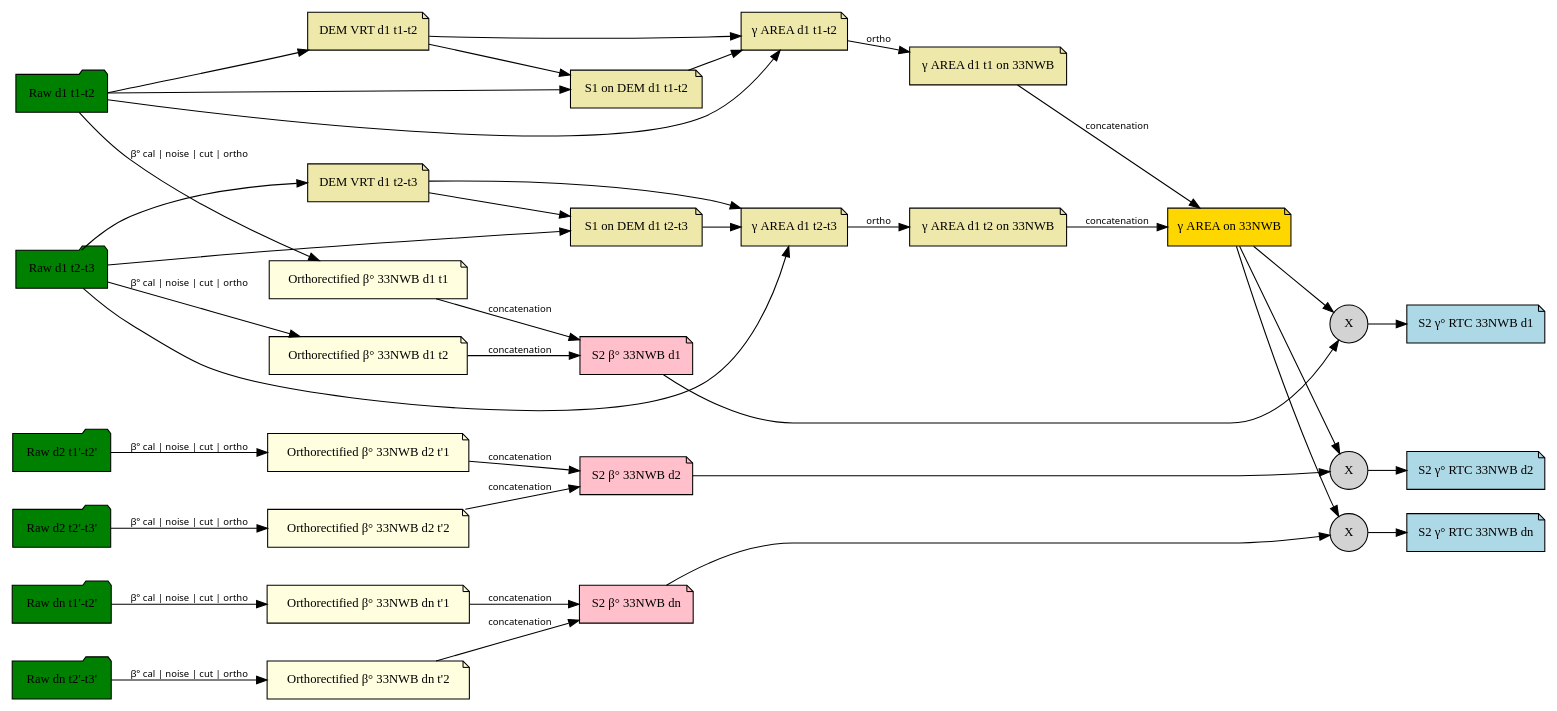
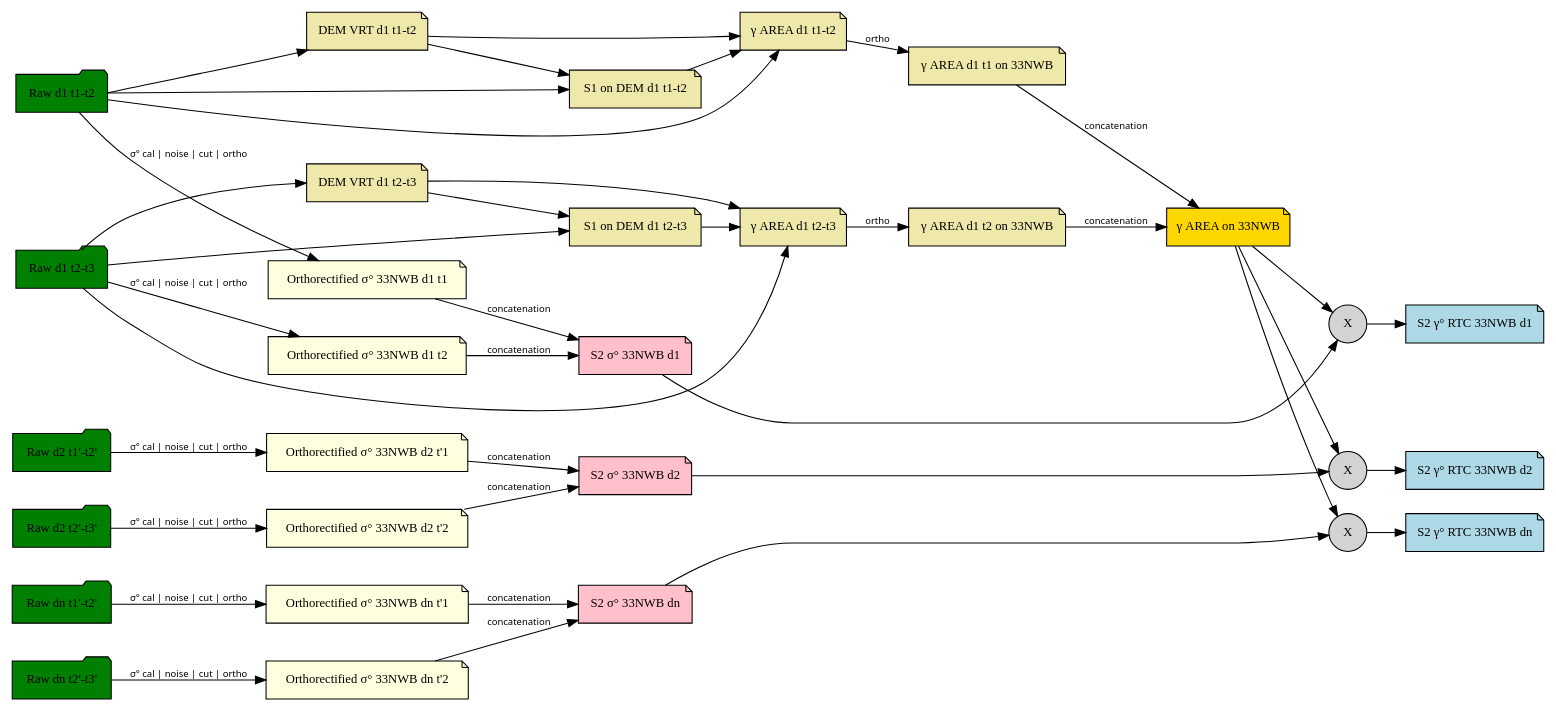
The diagram in docs/dataflow-gammanaughtrtc.rst (CNES/S1Tiling), drawn with Graphviz before and after one commit. The commit also changed other lines of this file and 8 other files, not shown here.

```diff
--- a/docs/dataflow-gammanaughtrtc.rst
+++ b/docs/dataflow-gammanaughtrtc.rst
@@ -142,27 +142,27 @@
          { rank = same ;  raw_d1_t1t2 raw_d1_t2t3 raw_d2_t1t2 raw_d2_t2t3 raw_dn_t1t2 raw_dn_t2t3}
 
          # =====[ Classic workflow
-         o_nwb_d1_t1 [label="Orthorectified β° 33NWB d1 t1", href="files.html#orthorectified-files", fillcolor=lightyellow]
-         o_nwb_d1_t2 [label="Orthorectified β° 33NWB d1 t2", href="files.html#orthorectified-files", fillcolor=lightyellow]
+         o_nwb_d1_t1 [label="Orthorectified σ° 33NWB d1 t1", href="files.html#orthorectified-files", fillcolor=lightyellow]
+         o_nwb_d1_t2 [label="Orthorectified σ° 33NWB d1 t2", href="files.html#orthorectified-files", fillcolor=lightyellow]
 
-         o_nwb_d2_t1 [label="Orthorectified β° 33NWB d2 t'1", href="files.html#orthorectified-files", fillcolor=lightyellow]
-         o_nwb_d2_t2 [label="Orthorectified β° 33NWB d2 t'2", href="files.html#orthorectified-files", fillcolor=lightyellow]
+         o_nwb_d2_t1 [label="Orthorectified σ° 33NWB d2 t'1", href="files.html#orthorectified-files", fillcolor=lightyellow]
+         o_nwb_d2_t2 [label="Orthorectified σ° 33NWB d2 t'2", href="files.html#orthorectified-files", fillcolor=lightyellow]
 
-         o_nwb_dn_t1 [label="Orthorectified β° 33NWB dn t'1", href="files.html#orthorectified-files", fillcolor=lightyellow]
-         o_nwb_dn_t2 [label="Orthorectified β° 33NWB dn t'2", href="files.html#orthorectified-files", fillcolor=lightyellow]
+         o_nwb_dn_t1 [label="Orthorectified σ° 33NWB dn t'1", href="files.html#orthorectified-files", fillcolor=lightyellow]
+         o_nwb_dn_t2 [label="Orthorectified σ° 33NWB dn t'2", href="files.html#orthorectified-files", fillcolor=lightyellow]
 
-         # Concatenated β° calibrated + orthorectified nodes
-         nwb_d1_b0 [label="S2 β° 33NWB d1", href="files.html#full-s2-tiles", fillcolor=pink]
-         nwb_d2_b0 [label="S2 β° 33NWB d2", href="files.html#full-s2-tiles", fillcolor=pink]
-         nwb_dn_b0 [label="S2 β° 33NWB dn", href="files.html#full-s2-tiles", fillcolor=pink]
+         # Concatenated σ° calibrated + orthorectified nodes
+         nwb_d1_b0 [label="S2 σ° 33NWB d1", href="files.html#full-s2-tiles", fillcolor=pink]
+         nwb_d2_b0 [label="S2 σ° 33NWB d2", href="files.html#full-s2-tiles", fillcolor=pink]
+         nwb_dn_b0 [label="S2 σ° 33NWB dn", href="files.html#full-s2-tiles", fillcolor=pink]
 
-         # Classic workflow up to concatenated β° calibrated + orthorectified nodes
-         raw_d1_t1t2 -> o_nwb_d1_t1 [label="β° cal | noise | cut | ortho"];
-         raw_d1_t2t3 -> o_nwb_d1_t2 [label="β° cal | noise | cut | ortho"];
-         raw_d2_t1t2 -> o_nwb_d2_t1 [label="β° cal | noise | cut | ortho"];
-         raw_d2_t2t3 -> o_nwb_d2_t2 [label="β° cal | noise | cut | ortho"];
-         raw_dn_t1t2 -> o_nwb_dn_t1 [label="β° cal | noise | cut | ortho"];
-         raw_dn_t2t3 -> o_nwb_dn_t2 [label="β° cal | noise | cut | ortho"];
+         # Classic workflow up to concatenated σ° calibrated + orthorectified nodes
+         raw_d1_t1t2 -> o_nwb_d1_t1 [label="σ° cal | noise | cut | ortho"];
+         raw_d1_t2t3 -> o_nwb_d1_t2 [label="σ° cal | noise | cut | ortho"];
+         raw_d2_t1t2 -> o_nwb_d2_t1 [label="σ° cal | noise | cut | ortho"];
+         raw_d2_t2t3 -> o_nwb_d2_t2 [label="σ° cal | noise | cut | ortho"];
+         raw_dn_t1t2 -> o_nwb_dn_t1 [label="σ° cal | noise | cut | ortho"];
+         raw_dn_t2t3 -> o_nwb_dn_t2 [label="σ° cal | noise | cut | ortho"];
 
          o_nwb_d1_t1 -> nwb_d1_b0 [label="concatenation"];
          o_nwb_d1_t2 -> nwb_d1_b0 [label="concatenation"];
```
